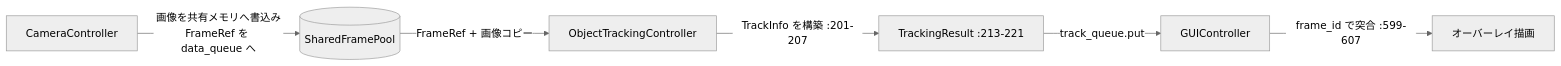
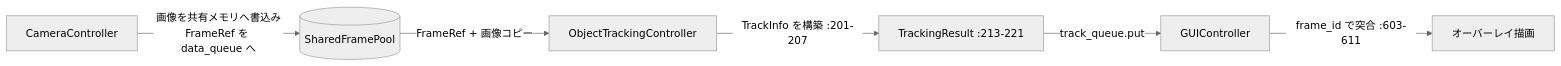
Before and after one commit to NobuoTsukamoto/multiprocess-object-tracker: the diagram in docs/specs/data-models/design.md, drawn with Mermaid (neutral theme). The commit also changed other lines of this file and 7 other files, not shown here.

````diff
--- a/docs/specs/data-models/design.md
+++ b/docs/specs/data-models/design.md
@@ -53,8 +53,8 @@
 ```mermaid
 flowchart LR
     Cam[CameraController] -->|画像を共有メモリへ書込み<br/>FrameRef を data_queue へ| Pool[(SharedFramePool)]
     Pool -->|FrameRef + 画像コピー| OT[ObjectTrackingController]
     OT -->|TrackInfo を構築 :201-207| TR[TrackingResult :213-221]
     TR -->|track_queue.put| GUI[GUIController]
-    GUI -->|frame_id で突合 :599-607| Render[オーバーレイ描画]
+    GUI -->|frame_id で突合 :603-611| Render[オーバーレイ描画]
 ```
````
